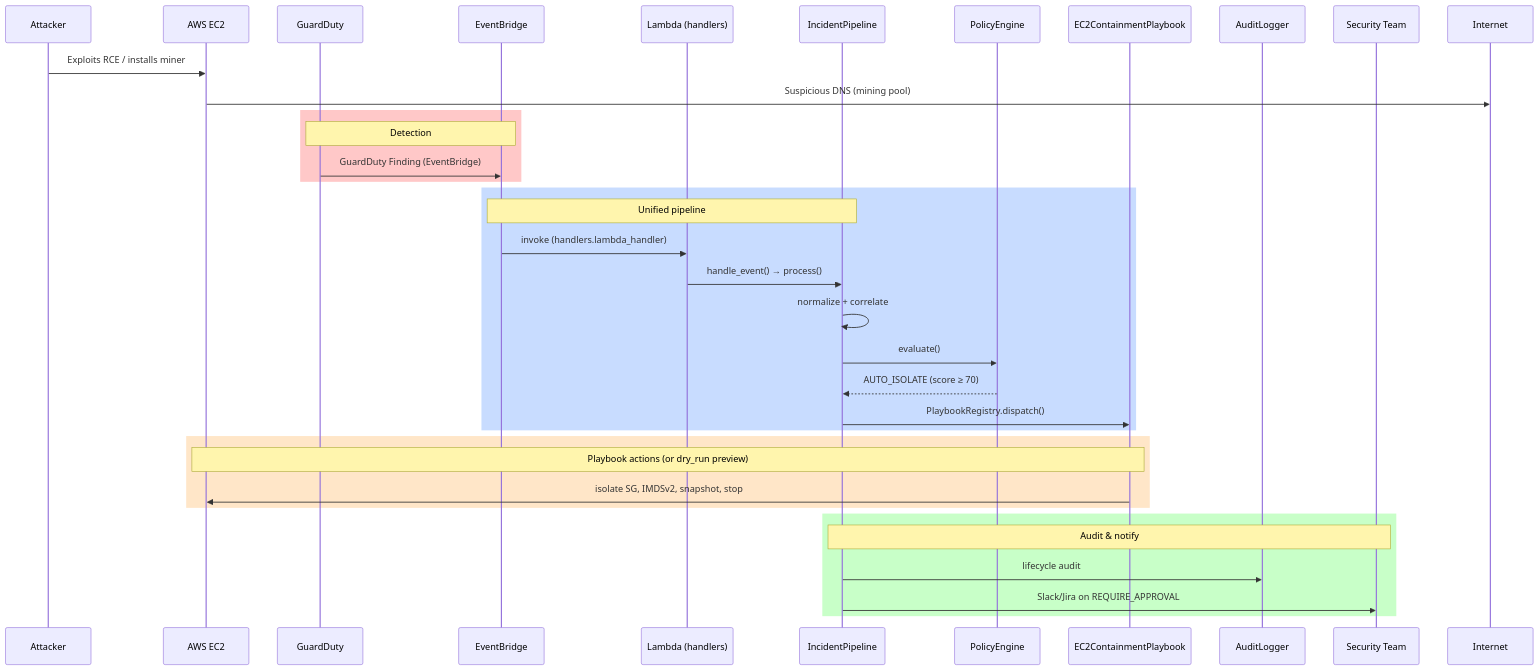
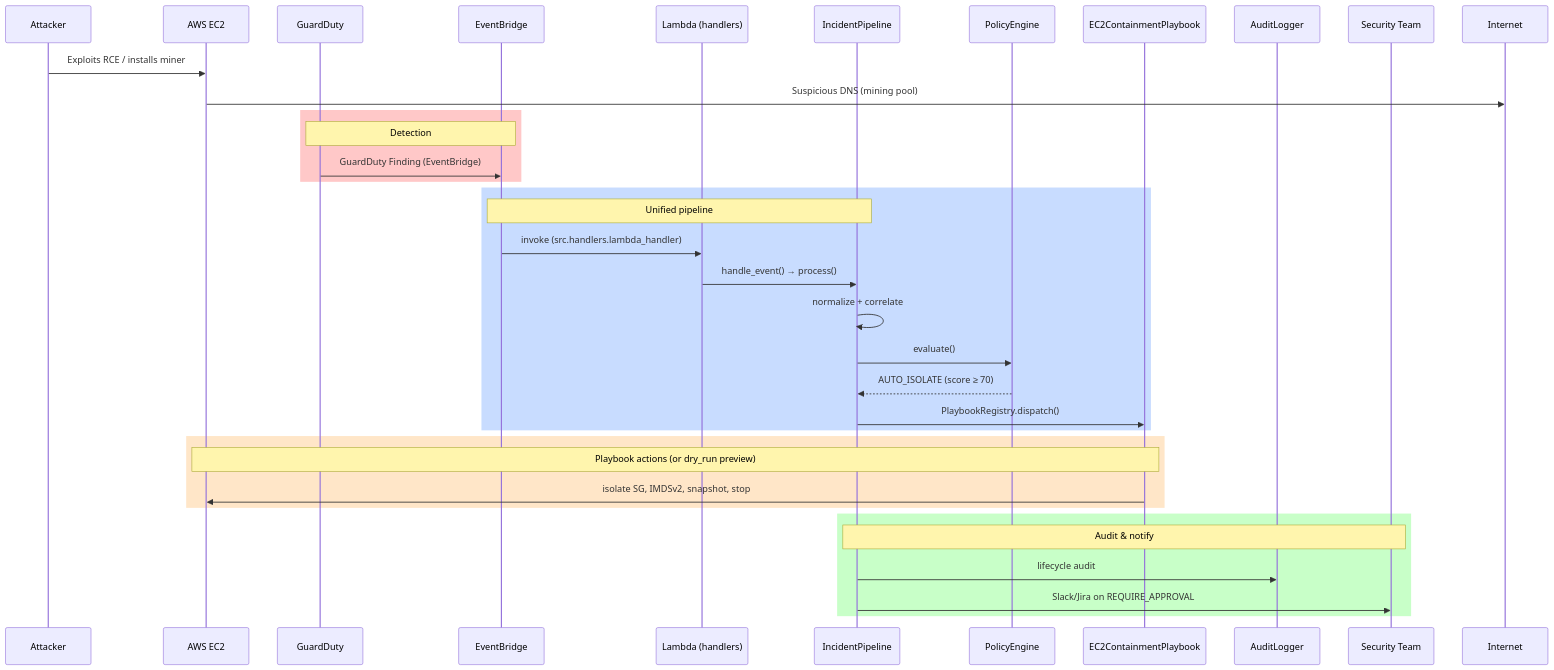
Before and after one commit to thtcsec/AWS-Serverless-SOAR: the second of 3 diagrams in README.md, drawn with Mermaid. The commit also changed other lines of this file and 4 other files, not shown here.

````diff
--- a/README.md
+++ b/README.md
@@ -42,42 +42,42 @@
 ```mermaid
 sequenceDiagram
     participant Attacker
     participant EC2 as AWS EC2
     participant GD as GuardDuty
     participant EB as EventBridge
     participant L as Lambda (handlers)
     participant P as IncidentPipeline
     participant PE as PolicyEngine
     participant PB as EC2ContainmentPlaybook
     participant A as AuditLogger
     participant Sec as Security Team
 
     Attacker->>EC2: Exploits RCE / installs miner
     EC2->>Internet: Suspicious DNS (mining pool)
 
     rect rgb(255, 200, 200)
         Note over GD,EB: Detection
         GD->>EB: GuardDuty Finding (EventBridge)
     end
 
     rect rgb(200, 220, 255)
         Note over EB,P: Unified pipeline
-        EB->>L: invoke (handlers.lambda_handler)
+        EB->>L: invoke (src.handlers.lambda_handler)
         L->>P: handle_event() → process()
         P->>P: normalize + correlate
         P->>PE: evaluate()
         PE-->>P: AUTO_ISOLATE (score ≥ 70)
         P->>PB: PlaybookRegistry.dispatch()
     end
 
     rect rgb(255, 230, 200)
         Note over PB,EC2: Playbook actions (or dry_run preview)
         PB->>EC2: isolate SG, IMDSv2, snapshot, stop
     end
 
     rect rgb(200, 255, 200)
         Note over P,Sec: Audit & notify
         P->>A: lifecycle audit
         P->>Sec: Slack/Jira on REQUIRE_APPROVAL
     end
 ```
````
